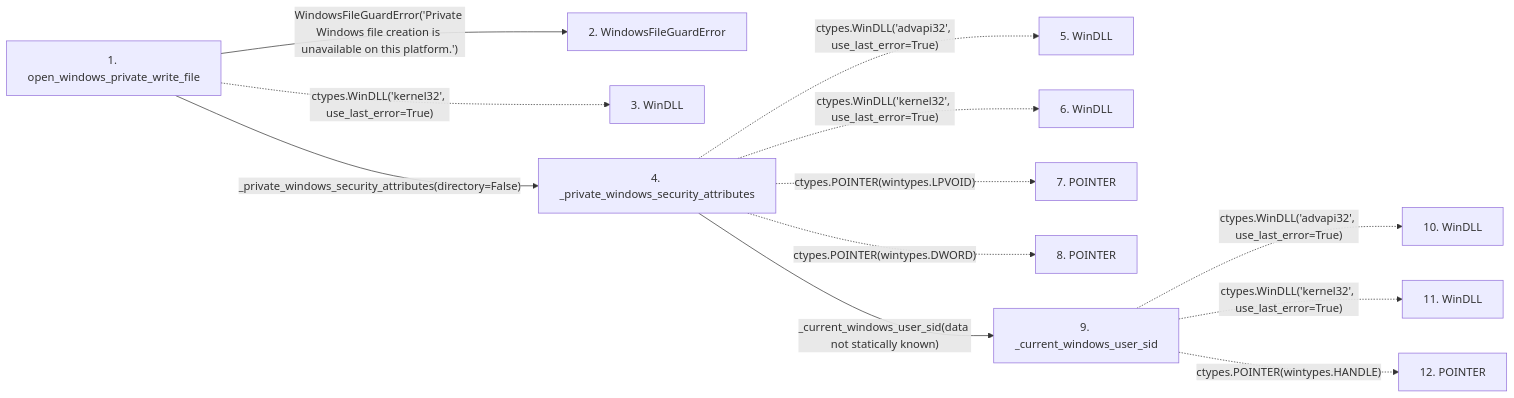
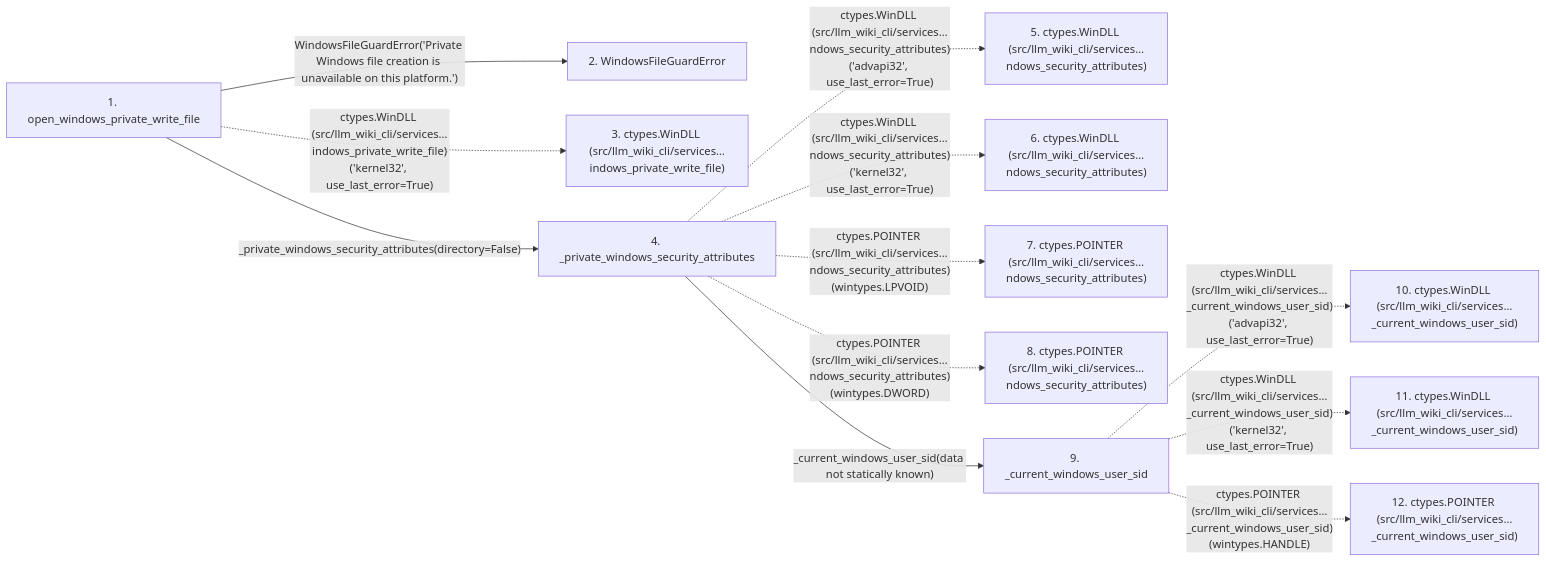
The second of 2 diagrams in docs/llm_wiki/flows/api-open_windows_private_write_file.md (Denissvgn/python-wiki-llm), drawn with Mermaid before and after one commit. The commit also changed other lines of this file and 719 other files, not shown here.

````diff
--- a/docs/llm_wiki/flows/api-open_windows_private_write_file.md
+++ b/docs/llm_wiki/flows/api-open_windows_private_write_file.md
@@ -65,30 +68,30 @@
 ```mermaid
 flowchart LR
     s1["1. open_windows_private_write_file"]
     s2["2. WindowsFileGuardError"]
-    s3["3. WinDLL"]
+    s3["3. ctypes.WinDLL (src/llm_wiki_cli/services…indows_private_write_file)"]
     s4["4. _private_windows_security_attributes"]
-    s5["5. WinDLL"]
-    s6["6. WinDLL"]
-    s7["7. POINTER"]
-    s8["8. POINTER"]
+    s5["5. ctypes.WinDLL (src/llm_wiki_cli/services…ndows_security_attributes)"]
+    s6["6. ctypes.WinDLL (src/llm_wiki_cli/services…ndows_security_attributes)"]
+    s7["7. ctypes.POINTER (src/llm_wiki_cli/services…ndows_security_attributes)"]
+    s8["8. ctypes.POINTER (src/llm_wiki_cli/services…ndows_security_attributes)"]
     s9["9. _current_windows_user_sid"]
-    s10["10. WinDLL"]
-    s11["11. WinDLL"]
-    s12["12. POINTER"]
+    s10["10. ctypes.WinDLL (src/llm_wiki_cli/services…_current_windows_user_sid)"]
+    s11["11. ctypes.WinDLL (src/llm_wiki_cli/services…_current_windows_user_sid)"]
+    s12["12. ctypes.POINTER (src/llm_wiki_cli/services…_current_windows_user_sid)"]
     s1 -->|"WindowsFileGuardError('Private Windows file creation is unavailable on this platform.')"| s2
-    s1 -. "ctypes.WinDLL('kernel32', use_last_error=True)" .-> s3
+    s1 -. "ctypes.WinDLL (src/llm_wiki_cli/services…indows_private_write_file)('kernel32', use_last_error=True)" .-> s3
     s1 -->|"_private_windows_security_attributes(directory=False)"| s4
-    s4 -. "ctypes.WinDLL('advapi32', use_last_error=True)" .-> s5
-    s4 -. "ctypes.WinDLL('kernel32', use_last_error=True)" .-> s6
-    s4 -. "ctypes.POINTER(wintypes.LPVOID)" .-> s7
-    s4 -. "ctypes.POINTER(wintypes.DWORD)" .-> s8
+    s4 -. "ctypes.WinDLL (src/llm_wiki_cli/services…ndows_security_attributes)('advapi32', use_last_error=True)" .-> s5
+    s4 -. "ctypes.WinDLL (src/llm_wiki_cli/services…ndows_security_attributes)('kernel32', use_last_error=True)" .-> s6
+    s4 -. "ctypes.POINTER (src/llm_wiki_cli/services…ndows_security_attributes)(wintypes.LPVOID)" .-> s7
+    s4 -. "ctypes.POINTER (src/llm_wiki_cli/services…ndows_security_attributes)(wintypes.DWORD)" .-> s8
     s4 -->|"_current_windows_user_sid(data not statically known)"| s9
-    s9 -. "ctypes.WinDLL('advapi32', use_last_error=True)" .-> s10
-    s9 -. "ctypes.WinDLL('kernel32', use_last_error=True)" .-> s11
-    s9 -. "ctypes.POINTER(wintypes.HANDLE)" .-> s12
+    s9 -. "ctypes.WinDLL (src/llm_wiki_cli/services…_current_windows_user_sid)('advapi32', use_last_error=True)" .-> s10
+    s9 -. "ctypes.WinDLL (src/llm_wiki_cli/services…_current_windows_user_sid)('kernel32', use_last_error=True)" .-> s11
+    s9 -. "ctypes.POINTER (src/llm_wiki_cli/services…_current_windows_user_sid)(wintypes.HANDLE)" .-> s12
     click s1 "../modules/filesystem_guard.md"
     click s2 "../modules/filesystem_guard.md"
     click s4 "../modules/filesystem_guard.md"
     click s9 "../modules/filesystem_guard.md"
 ```
````
